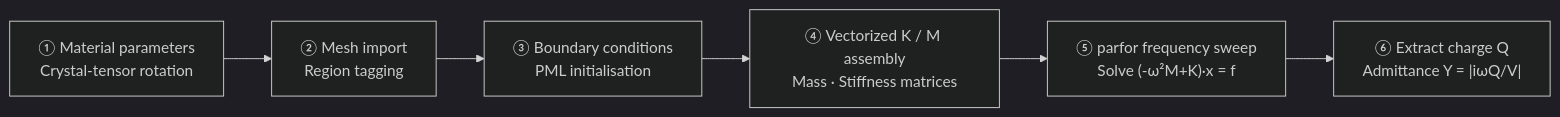
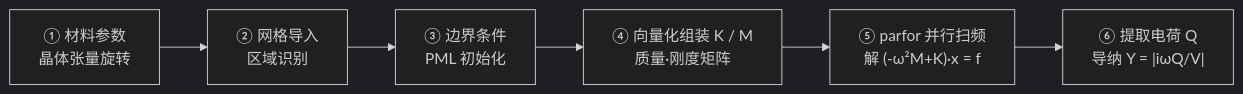
Before and after one commit to Duane245/SAW-FEM-MATLAB: the diagram in README.md, drawn with Mermaid (dark theme). The commit also changed other lines of this file and 75 other files, not shown here.

````diff
--- a/README.md
+++ b/README.md
@@ -103,8 +122,8 @@
 ```mermaid
 flowchart LR
-    A["① Material parameters<br/>Crystal-tensor rotation"] --> B["② Mesh import<br/>Region tagging"]
-    B --> C["③ Boundary conditions<br/>PML initialisation"]
-    C --> D["④ Vectorized K / M assembly<br/>Mass · Stiffness matrices"]
-    D --> E["⑤ parfor frequency sweep<br/>Solve (-ω²M+K)·x = f"]
-    E --> F["⑥ Extract charge Q<br/>Admittance Y = |iωQ/V|"]
+    A["① 材料参数<br/>晶体张量旋转"] --> B["② 网格导入<br/>区域识别"]
+    B --> C["③ 边界条件<br/>PML 初始化"]
+    C --> D["④ 向量化组装 K / M<br/>质量·刚度矩阵"]
+    D --> E["⑤ parfor 并行扫频<br/>解 (-ω²M+K)·x = f"]
+    E --> F["⑥ 提取电荷 Q<br/>导纳 Y = |iωQ/V|"]
 ```
````
